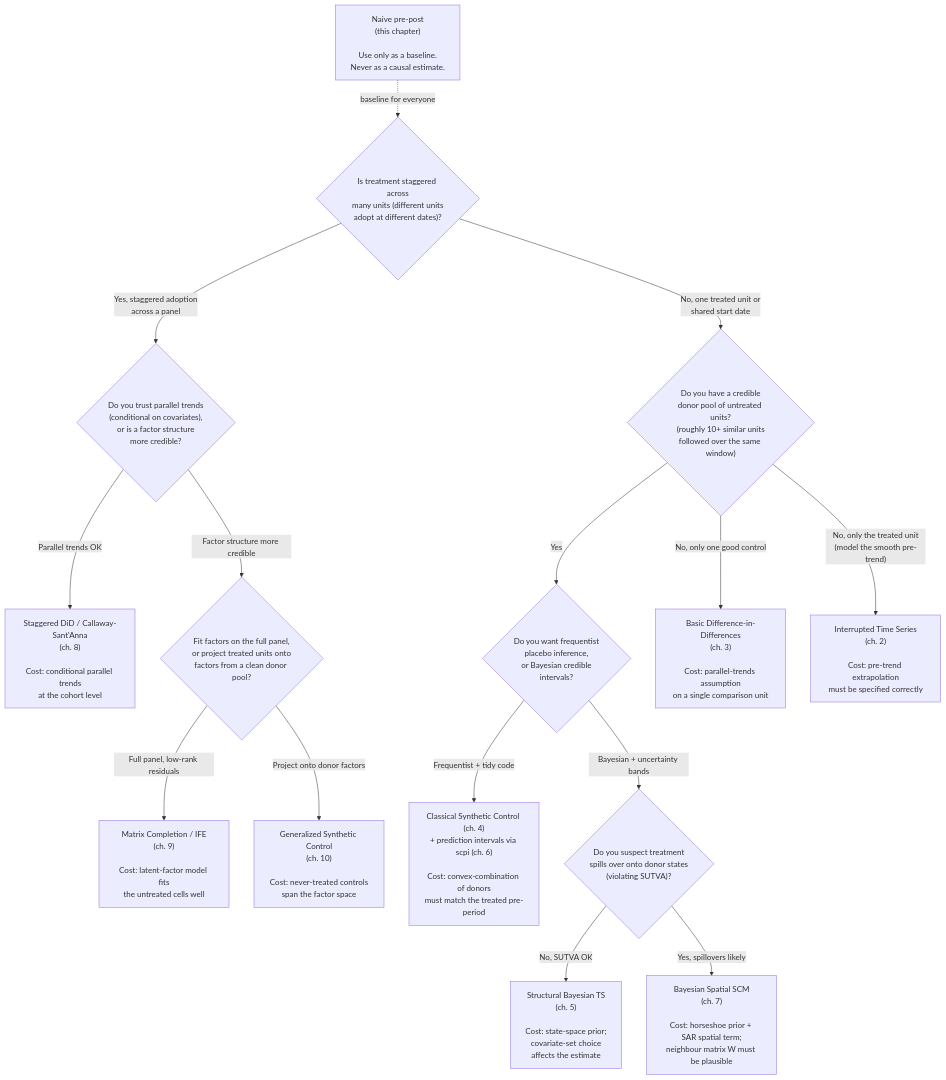
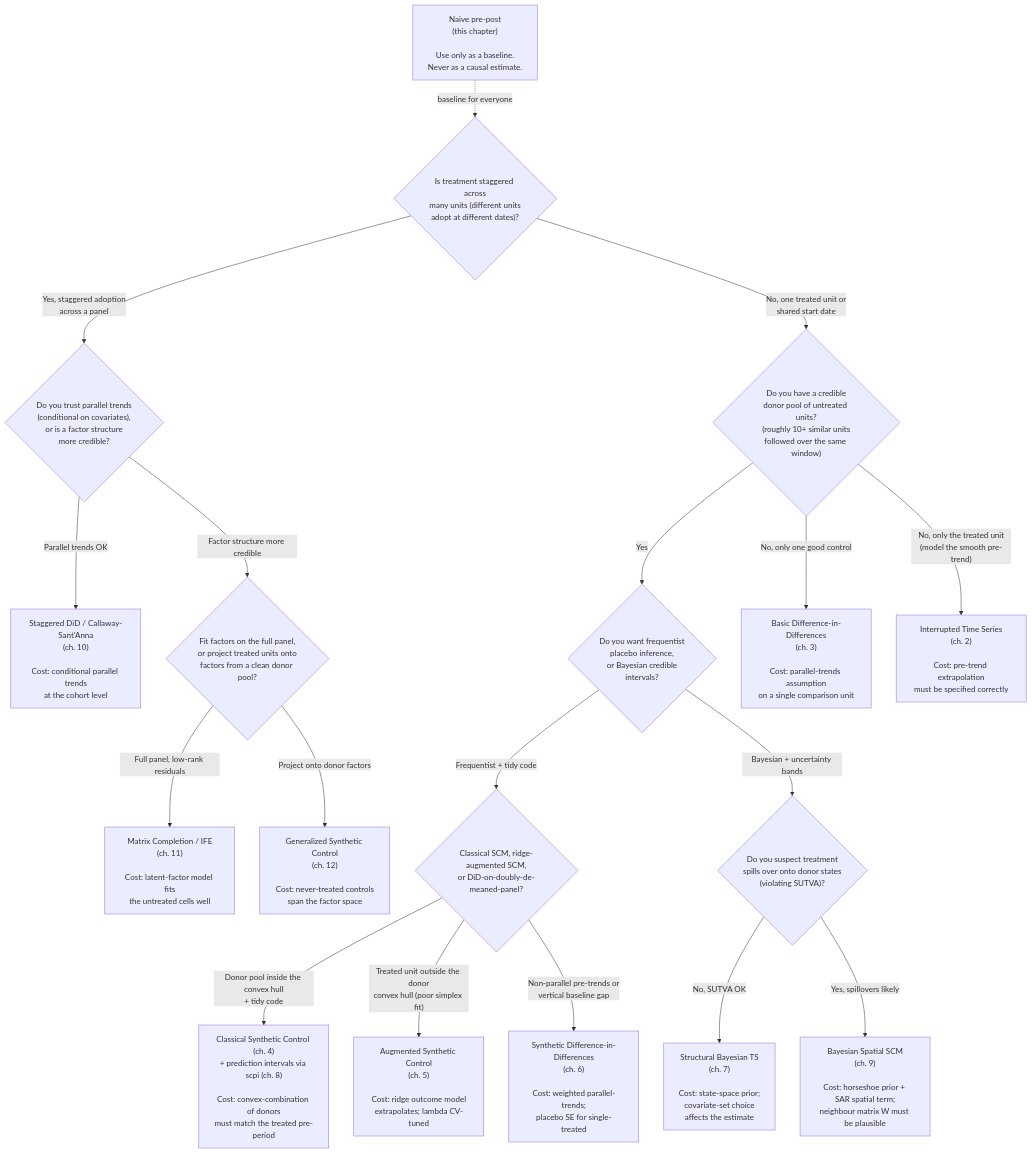
One commit to quarcs-lab/ccm changed the diagram in 01-introduction.qmd. Above: the diagram before and after it, drawn with Mermaid. The commit also changed other lines of this file and 15 other files, not shown here.

First line of the commit message:
Add Chapter 6: Synthetic Difference-in-Differences; renumber 7-12

````diff
--- a/01-introduction.qmd
+++ b/01-introduction.qmd
@@ -116,24 +118,28 @@
 ```{mermaid}
 flowchart TB
     Q0{"Is treatment staggered across<br/>many units (different units<br/>adopt at different dates)?"}
     Q0 -->|Yes, staggered adoption<br/>across a panel| Q4{"Do you trust parallel trends<br/>(conditional on covariates),<br/>or is a factor structure<br/>more credible?"}
     Q0 -->|No, one treated unit or<br/>shared start date| Q1{"Do you have a credible<br/>donor pool of untreated units?<br/>(roughly 10+ similar units<br/>followed over the same window)"}
 
-    Q4 -->|Parallel trends OK| CSA["Staggered DiD / Callaway-Sant'Anna<br/>(ch. 8)<br/><br/>Cost: conditional parallel trends<br/>at the cohort level"]
+    Q4 -->|Parallel trends OK| CSA["Staggered DiD / Callaway-Sant'Anna<br/>(ch. 10)<br/><br/>Cost: conditional parallel trends<br/>at the cohort level"]
     Q4 -->|Factor structure more credible| Q5{"Fit factors on the full panel,<br/>or project treated units onto<br/>factors from a clean donor pool?"}
 
-    Q5 -->|Full panel, low-rank residuals| MC["Matrix Completion / IFE<br/>(ch. 9)<br/><br/>Cost: latent-factor model fits<br/>the untreated cells well"]
-    Q5 -->|Project onto donor factors| GSC["Generalized Synthetic Control<br/>(ch. 10)<br/><br/>Cost: never-treated controls<br/>span the factor space"]
+    Q5 -->|Full panel, low-rank residuals| MC["Matrix Completion / IFE<br/>(ch. 11)<br/><br/>Cost: latent-factor model fits<br/>the untreated cells well"]
+    Q5 -->|Project onto donor factors| GSC["Generalized Synthetic Control<br/>(ch. 12)<br/><br/>Cost: never-treated controls<br/>span the factor space"]
 
     Q1 -->|Yes| Q2{"Do you want frequentist<br/>placebo inference,<br/>or Bayesian credible<br/>intervals?"}
     Q1 -->|No, only one good control| DiD["Basic Difference-in-Differences<br/>(ch. 3)<br/><br/>Cost: parallel-trends assumption<br/>on a single comparison unit"]
     Q1 -->|"No, only the treated unit<br/>(model the smooth pre-trend)"| ITS["Interrupted Time Series<br/>(ch. 2)<br/><br/>Cost: pre-trend extrapolation<br/>must be specified correctly"]
 
-    Q2 -->|Frequentist + tidy code| SCM["Classical Synthetic Control (ch. 4)<br/>+ prediction intervals via scpi (ch. 6)<br/><br/>Cost: convex-combination of donors<br/>must match the treated pre-period"]
+    Q2 -->|Frequentist + tidy code| Q2a{"Classical SCM, ridge-augmented SCM,<br/>or DiD-on-doubly-de-meaned-panel?"}
     Q2 -->|Bayesian + uncertainty bands| Q3{"Do you suspect treatment<br/>spills over onto donor states<br/>(violating SUTVA)?"}
 
-    Q3 -->|No, SUTVA OK| CI["Structural Bayesian TS<br/>(ch. 5)<br/><br/>Cost: state-space prior;<br/>covariate-set choice<br/>affects the estimate"]
-    Q3 -->|Yes, spillovers likely| SPATIAL["Bayesian Spatial SCM<br/>(ch. 7)<br/><br/>Cost: horseshoe prior + SAR spatial term;<br/>neighbour matrix W must be plausible"]
+    Q2a -->|"Donor pool inside the convex hull<br/>+ tidy code"| SCM["Classical Synthetic Control (ch. 4)<br/>+ prediction intervals via scpi (ch. 8)<br/><br/>Cost: convex-combination of donors<br/>must match the treated pre-period"]
+    Q2a -->|"Treated unit outside the donor<br/>convex hull (poor simplex fit)"| ASCM["Augmented Synthetic Control<br/>(ch. 5)<br/><br/>Cost: ridge outcome model<br/>extrapolates; lambda CV-tuned"]
+    Q2a -->|"Non-parallel pre-trends or<br/>vertical baseline gap"| SDID["Synthetic Difference-in-Differences<br/>(ch. 6)<br/><br/>Cost: weighted parallel-trends;<br/>placebo SE for single-treated"]
+
+    Q3 -->|No, SUTVA OK| CI["Structural Bayesian TS<br/>(ch. 7)<br/><br/>Cost: state-space prior;<br/>covariate-set choice<br/>affects the estimate"]
+    Q3 -->|Yes, spillovers likely| SPATIAL["Bayesian Spatial SCM<br/>(ch. 9)<br/><br/>Cost: horseshoe prior + SAR spatial term;<br/>neighbour matrix W must be plausible"]
 
     NAIVE["Naive pre-post<br/>(this chapter)<br/><br/>Use only as a baseline.<br/>Never as a causal estimate."] -.->|"baseline for everyone"| Q0
 ```
````
